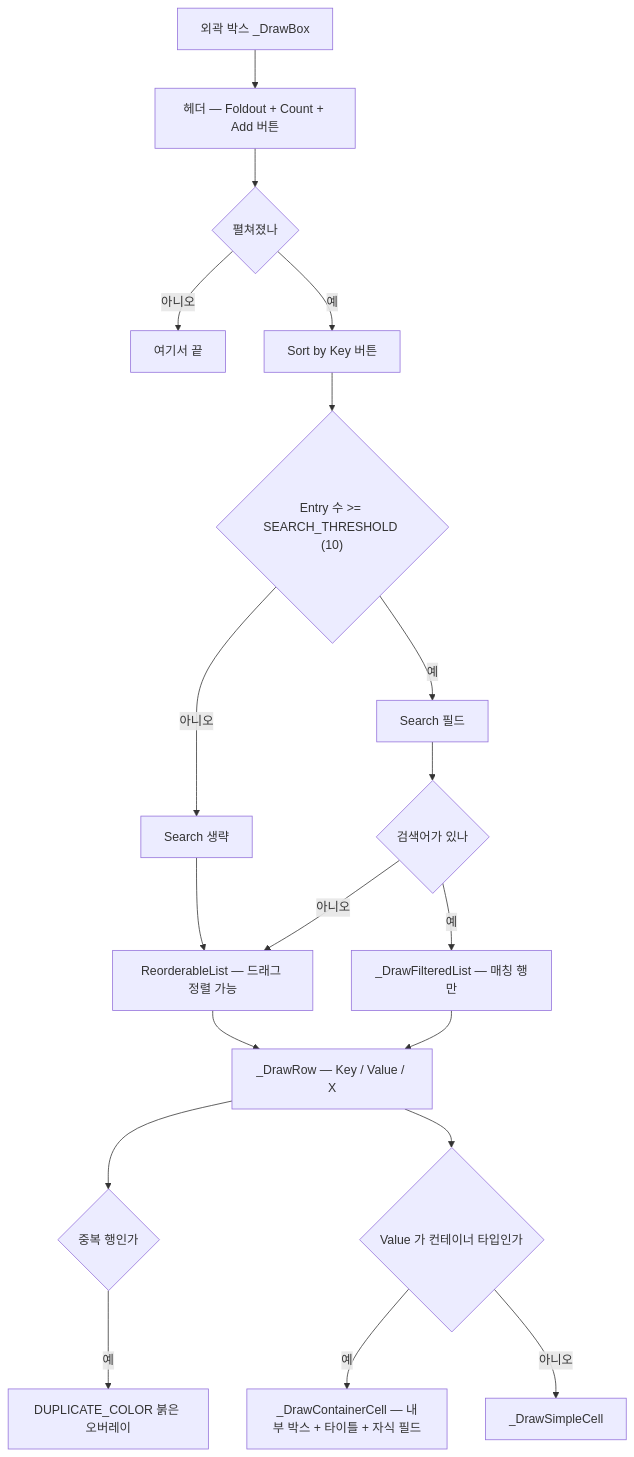
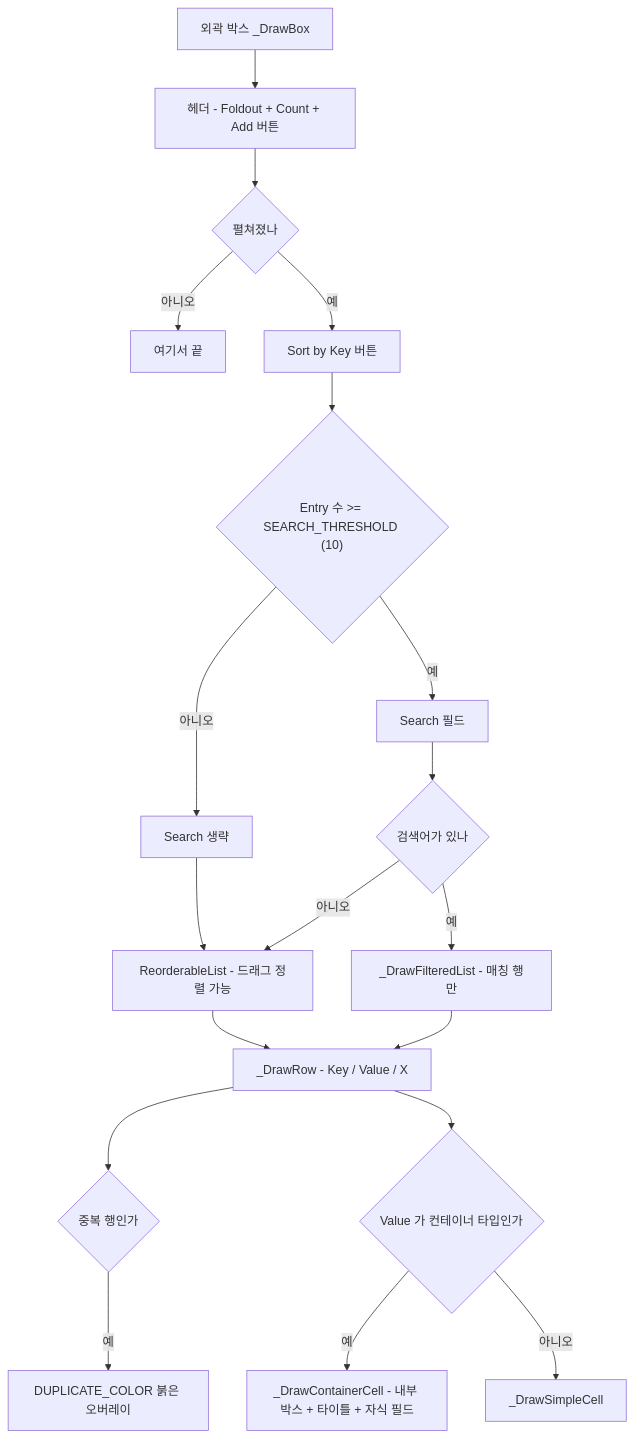
One commit to HoHong123/HCUP-Unity changed the third of 3 diagrams in HCollection/Editor/README.md. Above: the diagram before and after it, drawn with Mermaid. The commit also changed other lines of this file, not shown here.

````diff
--- a/HCollection/Editor/README.md
+++ b/HCollection/Editor/README.md
@@ -154,21 +154,21 @@
 ```mermaid
 flowchart TD
-    BOX["외곽 박스 _DrawBox"] --> H["헤더 — Foldout + Count + Add 버튼"]
+    BOX["외곽 박스 _DrawBox"] --> H["헤더 - Foldout + Count + Add 버튼"]
     H --> EXP{"펼쳐졌나"}
     EXP -->|아니오| END["여기서 끝"]
     EXP -->|예| SORT["Sort by Key 버튼"]
     SORT --> CNT{"Entry 수 &gt;= SEARCH_THRESHOLD (10)"}
     CNT -->|예| SRCH["Search 필드"]
     CNT -->|아니오| SKIP2["Search 생략"]
     SRCH --> ACT{"검색어가 있나"}
     SKIP2 --> LIST
-    ACT -->|예| FL["_DrawFilteredList — 매칭 행만"]
-    ACT -->|아니오| LIST["ReorderableList — 드래그 정렬 가능"]
-    LIST --> ROW["_DrawRow — Key / Value / X"]
+    ACT -->|예| FL["_DrawFilteredList - 매칭 행만"]
+    ACT -->|아니오| LIST["ReorderableList - 드래그 정렬 가능"]
+    LIST --> ROW["_DrawRow - Key / Value / X"]
     FL --> ROW
     ROW --> DUP{"중복 행인가"}
     DUP -->|예| RED["DUPLICATE_COLOR 붉은 오버레이"]
     ROW --> CT{"Value 가 컨테이너 타입인가"}
-    CT -->|예| CC["_DrawContainerCell — 내부 박스 + 타이틀 + 자식 필드"]
+    CT -->|예| CC["_DrawContainerCell - 내부 박스 + 타이틀 + 자식 필드"]
     CT -->|아니오| SC["_DrawSimpleCell"]
 ```
````
